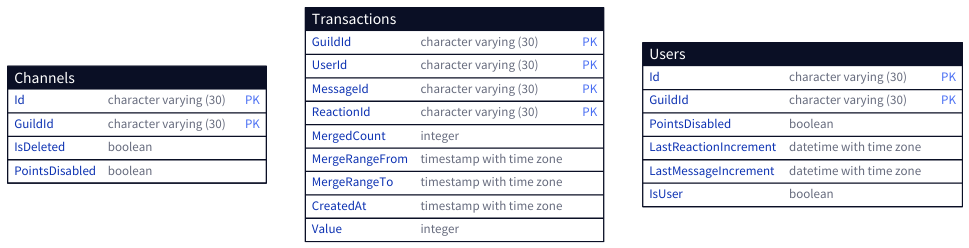
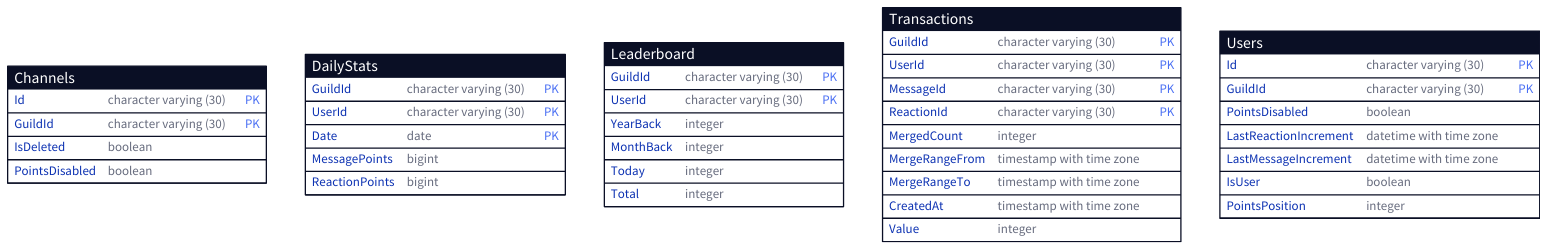
One commit to GrillBot/grillbot-docs changed the diagram in data/database_points.d2. Above: the diagram before and after it, drawn with D2. The commit also changed 6 other files, not shown here.

```diff
--- a/data/database_points.d2
+++ b/data/database_points.d2
@@ -1,33 +1,55 @@
 Channels: {
   shape: sql_table
 
   Id: character varying (30) {constraint: primary_key}
   GuildId: character varying (30) {constraint: primary_key}
   IsDeleted: boolean
   PointsDisabled: boolean
+}
+
+DailyStats: {
+  shape: sql_table
+
+  GuildId: character varying (30) {constraint: primary_key}
+  UserId: character varying (30) {constraint: primary_key}
+  Date: date {constraint: primary_key}
+  MessagePoints: bigint
+  ReactionPoints: bigint
+}
+
+Leaderboard: {
+  shape: sql_table
+
+  GuildId: character varying (30) {constraint: primary_key}
+  UserId: character varying (30) {constraint: primary_key}
+  YearBack: integer
+  MonthBack: integer
+  Today: integer
+  Total: integer
 }
 
 Transactions: {
   shape: sql_table
 
   GuildId: character varying (30) {constraint: primary_key}
   UserId: character varying (30) {constraint: primary_key}
   MessageId: character varying (30) {constraint: primary_key}
   ReactionId: character varying (30) {constraint: primary_key}
   MergedCount: integer
   MergeRangeFrom: timestamp with time zone
   MergeRangeTo: timestamp with time zone
   CreatedAt: timestamp with time zone
   Value: integer
 }
 
 Users: {
   shape: sql_table
 
   Id: character varying (30) {constraint: primary_key}
   GuildId: character varying (30) {constraint: primary_key}
   PointsDisabled: boolean
   LastReactionIncrement: datetime with time zone
   LastMessageIncrement: datetime with time zone
   IsUser: boolean
+  PointsPosition: integer
 }
```
